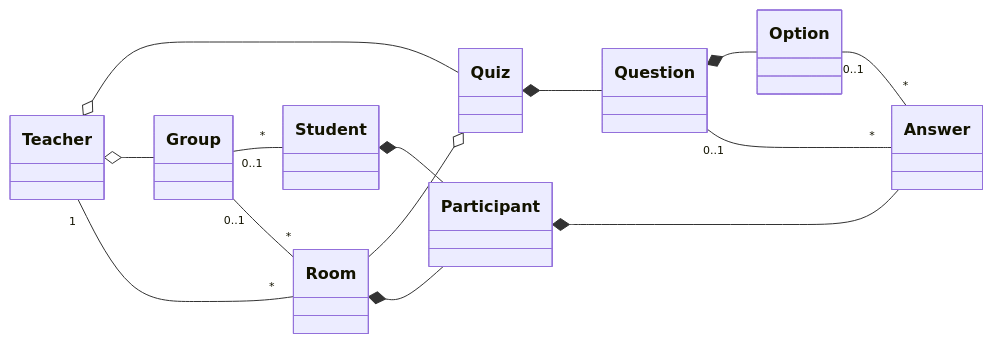
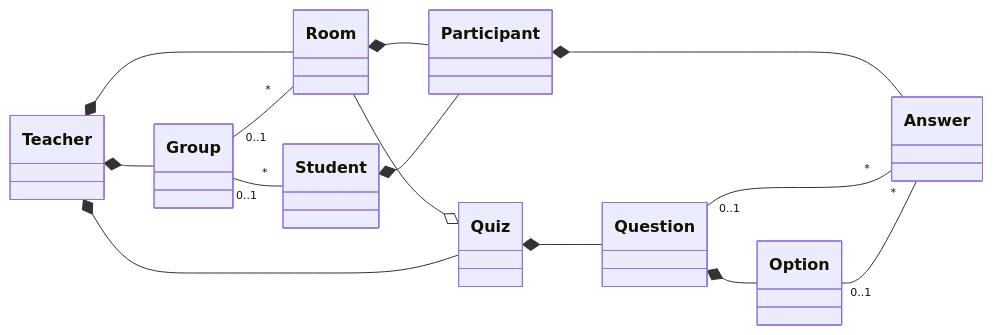
The first of 4 diagrams in docs/modelo_de_datos.md (frangago71/quizzie-TFG), drawn with Mermaid before and after one commit. The commit also changed 3 other files, not shown here.

````diff
--- a/docs/modelo_de_datos.md
+++ b/docs/modelo_de_datos.md
@@ -6,21 +6,20 @@
 ```mermaid
 classDiagram
     direction LR
 
-    Teacher o-- Quiz
-    Teacher o-- Group
     Room --o Quiz
 
-    Teacher "1" -- "*" Room
-
+    Teacher *-- Quiz
+    Teacher *-- Group
+    Teacher *-- Room
     Quiz *-- Question
     Question *-- Option
     Room *-- Participant
     Student *-- Participant
     Participant *-- Answer
 
     Group "0..1" -- "*" Student
     Group "0..1" -- "*" Room
     Question "0..1" -- "*" Answer
     Option "0..1" -- "*" Answer
 ```
````
